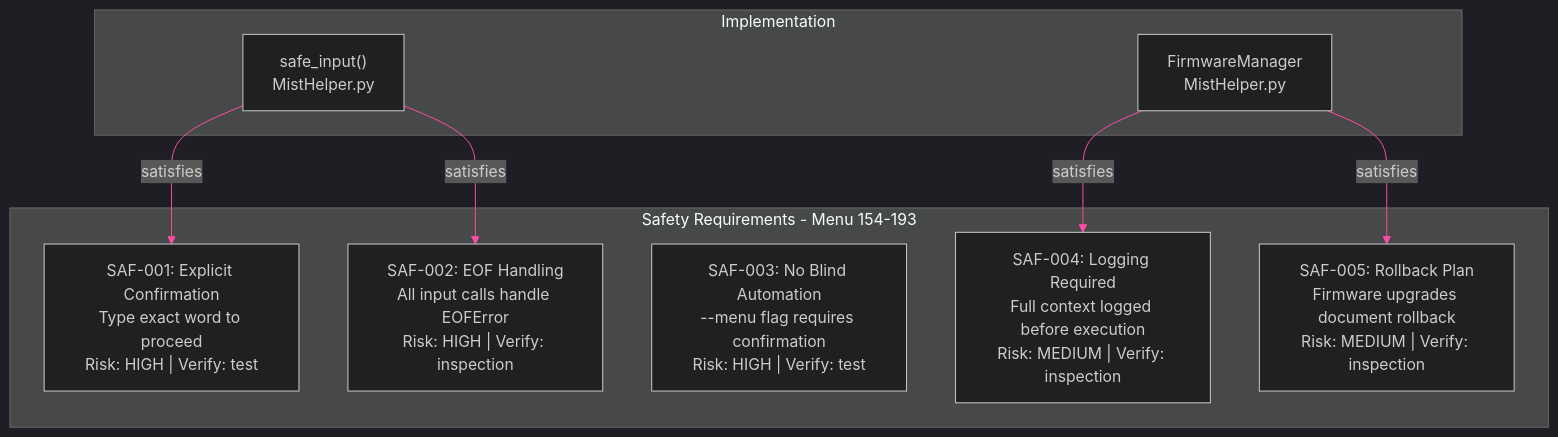
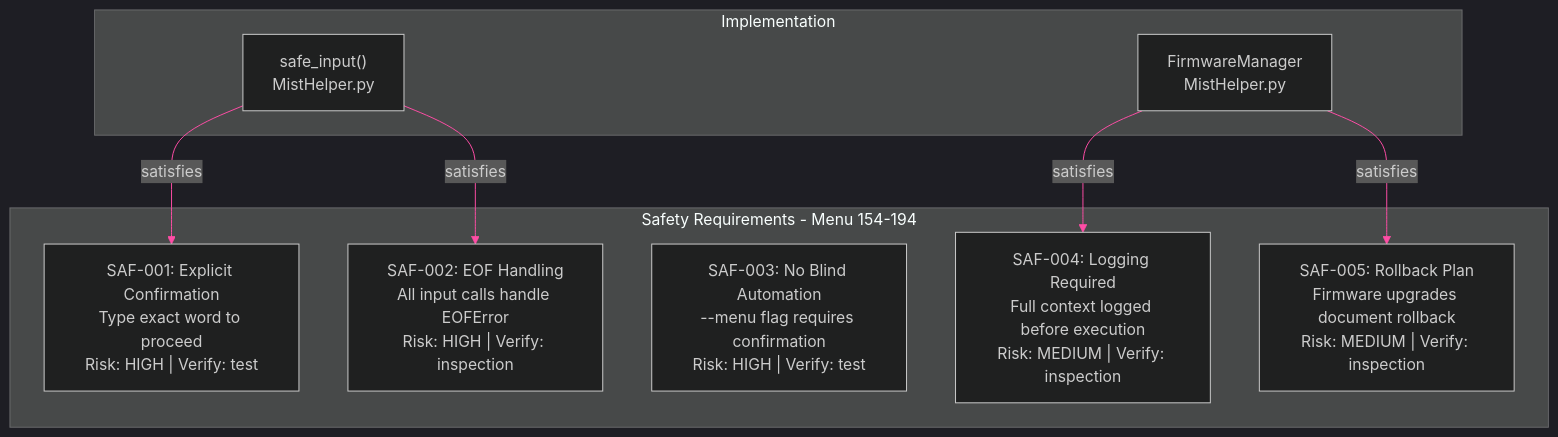
The third of 3 diagrams in documentation/diagrams/operations/operations-reference.md (jmorrison-juniper/MistHelper), drawn with Mermaid before and after one commit. The commit also changed other lines of this file and 7 other files, not shown here.

First line of the commit message:
docs: sync operation count 193->194 across README/copilot-instructions/diagrams/wiki

````diff
--- a/documentation/diagrams/operations/operations-reference.md
+++ b/documentation/diagrams/operations/operations-reference.md
@@ -89,29 +89,29 @@
 ```mermaid
 %%{init: {'theme': 'dark', 'themeVariables': {
   'primaryColor': '#E20074',
   'primaryTextColor': '#E0E0E0',
   'primaryBorderColor': '#99004D',
   'lineColor': '#FF4DA6',
   'secondaryColor': '#16213E',
   'tertiaryColor': '#1A1A2E',
   'fontFamily': 'ui-monospace, monospace'
 }}}%%
 flowchart TB
-    subgraph requirements["Safety Requirements - Menu 154-193"]
+    subgraph requirements["Safety Requirements - Menu 154-194"]
         SAF001["SAF-001: Explicit Confirmation<br/>Type exact word to proceed<br/>Risk: HIGH | Verify: test"]
         SAF002["SAF-002: EOF Handling<br/>All input calls handle EOFError<br/>Risk: HIGH | Verify: inspection"]
         SAF003["SAF-003: No Blind Automation<br/>--menu flag requires confirmation<br/>Risk: HIGH | Verify: test"]
         SAF004["SAF-004: Logging Required<br/>Full context logged before execution<br/>Risk: MEDIUM | Verify: inspection"]
         SAF005["SAF-005: Rollback Plan<br/>Firmware upgrades document rollback<br/>Risk: MEDIUM | Verify: inspection"]
     end
 
     subgraph impl["Implementation"]
         si["safe_input()<br/>MistHelper.py"]
         fm["FirmwareManager<br/>MistHelper.py"]
     end
 
     si -->|satisfies| SAF001
     si -->|satisfies| SAF002
     fm -->|satisfies| SAF004
     fm -->|satisfies| SAF005
 ```
````
